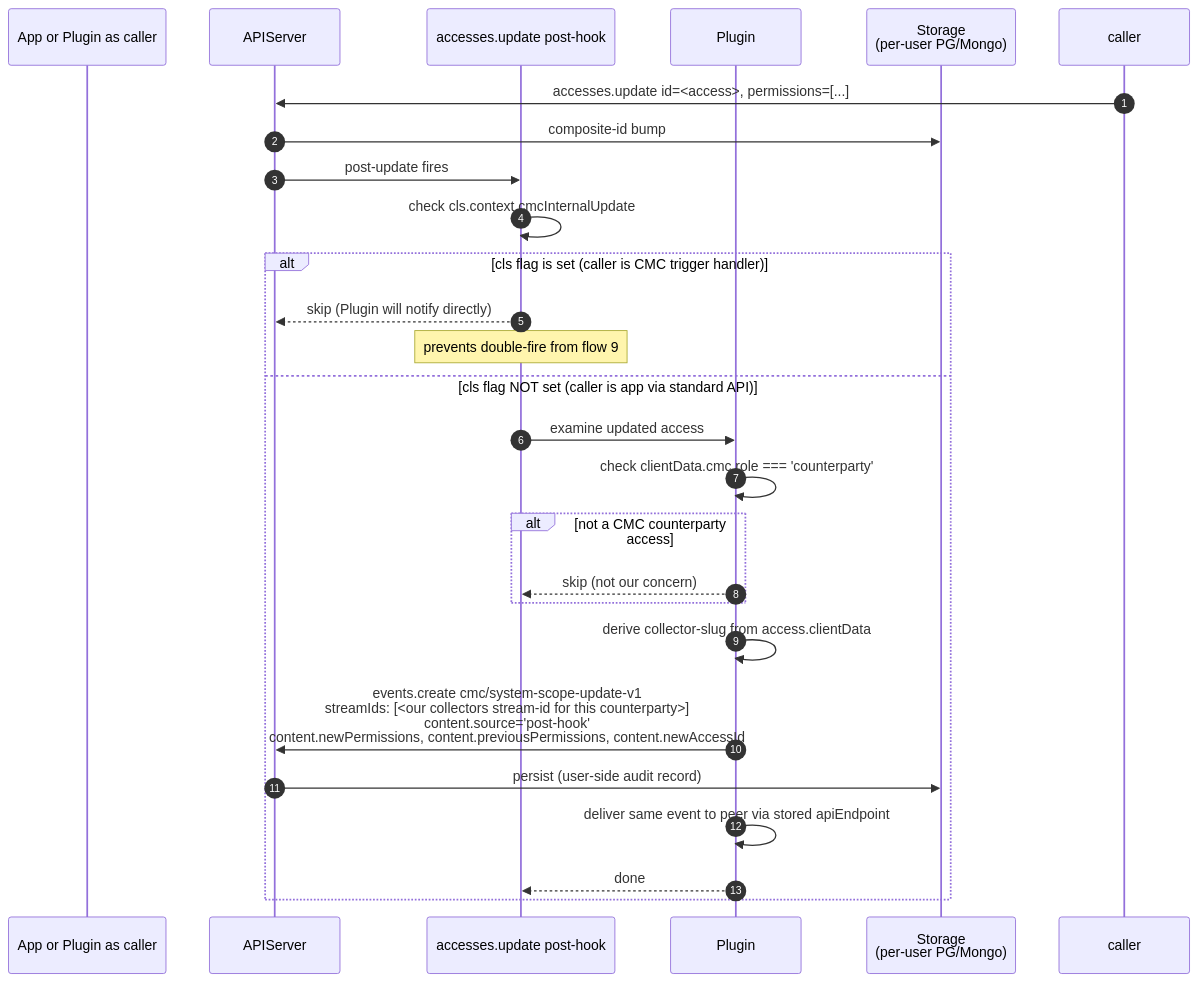
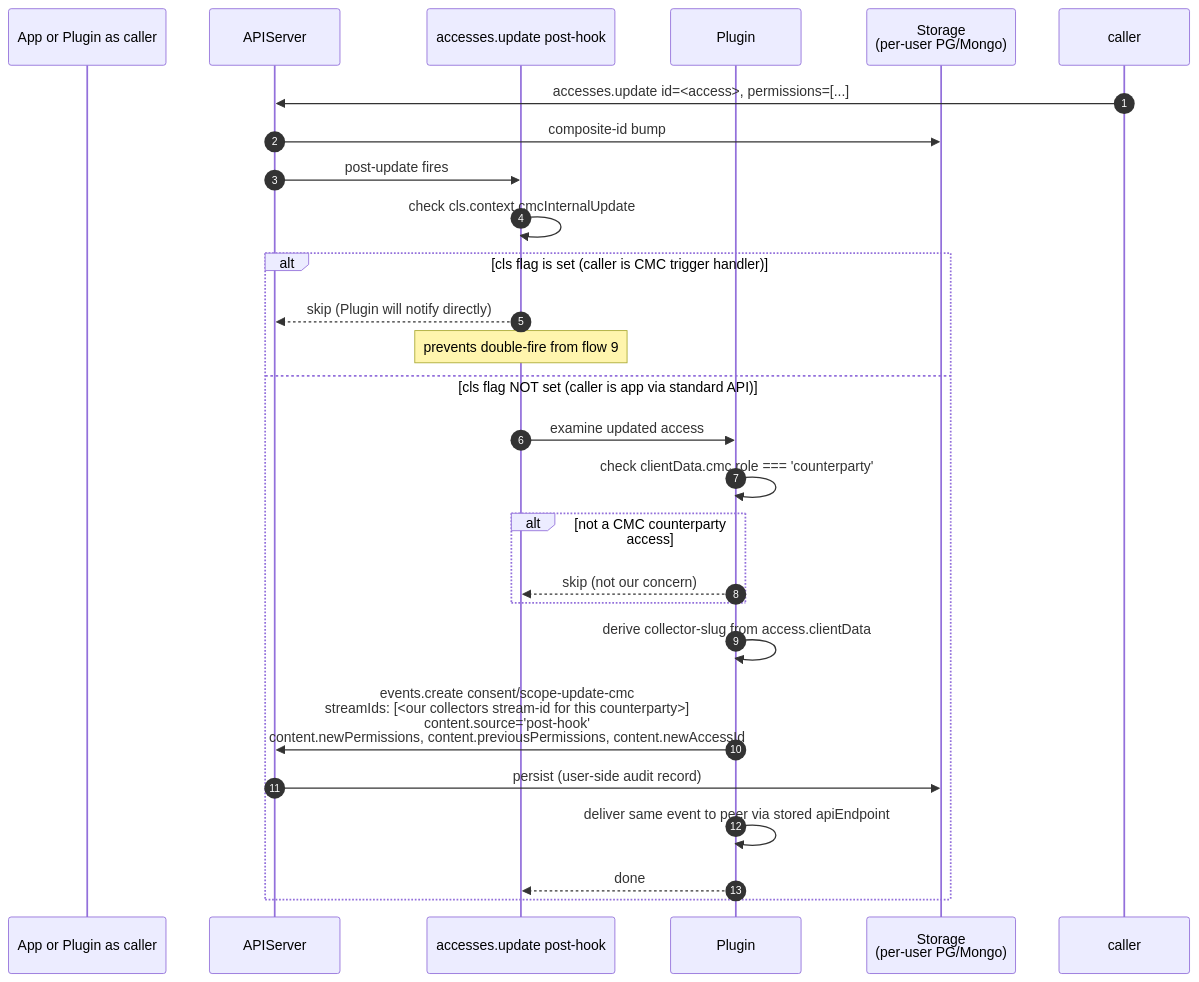
The tenth of 14 diagrams in components/cmc/INTERNALS.md (pryv/open-pryv.io), drawn with Mermaid before and after one commit. The commit also changed other lines of this file and 40 other files, not shown here.

````diff
--- a/components/cmc/INTERNALS.md
+++ b/components/cmc/INTERNALS.md
@@ -418,29 +418,29 @@
 ```mermaid
 sequenceDiagram
     autonumber
     participant App or Plugin as caller
     participant APIServer
     participant PostHook as accesses.update post-hook
     participant Plugin
     participant Storage as Storage<br/>(per-user PG/Mongo)
 
     caller->>APIServer: accesses.update id=<access>, permissions=[...]
     APIServer->>Storage: composite-id bump
     APIServer->>PostHook: post-update fires
     PostHook->>PostHook: check cls.context.cmcInternalUpdate
     alt cls flag is set (caller is CMC trigger handler)
         PostHook-->>APIServer: skip (Plugin will notify directly)
         Note over PostHook: prevents double-fire from flow 9
     else cls flag NOT set (caller is app via standard API)
         PostHook->>Plugin: examine updated access
         Plugin->>Plugin: check clientData.cmc.role === 'counterparty'
         alt not a CMC counterparty access
             Plugin-->>PostHook: skip (not our concern)
         end
         Plugin->>Plugin: derive collector-slug from access.clientData
-        Plugin->>APIServer: events.create cmc/system-scope-update-v1<br/>streamIds: [<our collectors stream-id for this counterparty>]<br/>content.source='post-hook'<br/>content.newPermissions, content.previousPermissions, content.newAccessId
+        Plugin->>APIServer: events.create consent/scope-update-cmc<br/>streamIds: [<our collectors stream-id for this counterparty>]<br/>content.source='post-hook'<br/>content.newPermissions, content.previousPermissions, content.newAccessId
         APIServer->>Storage: persist (user-side audit record)
         Plugin->>Plugin: deliver same event to peer via stored apiEndpoint
         Plugin-->>PostHook: done
     end
 ```
````
